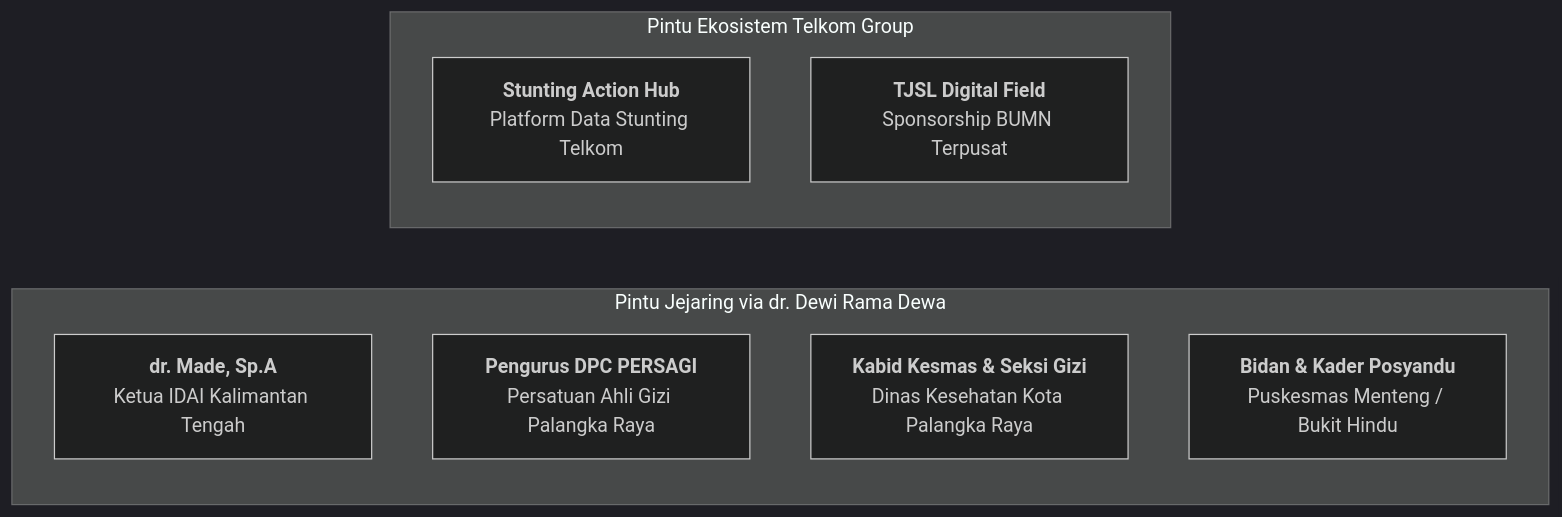
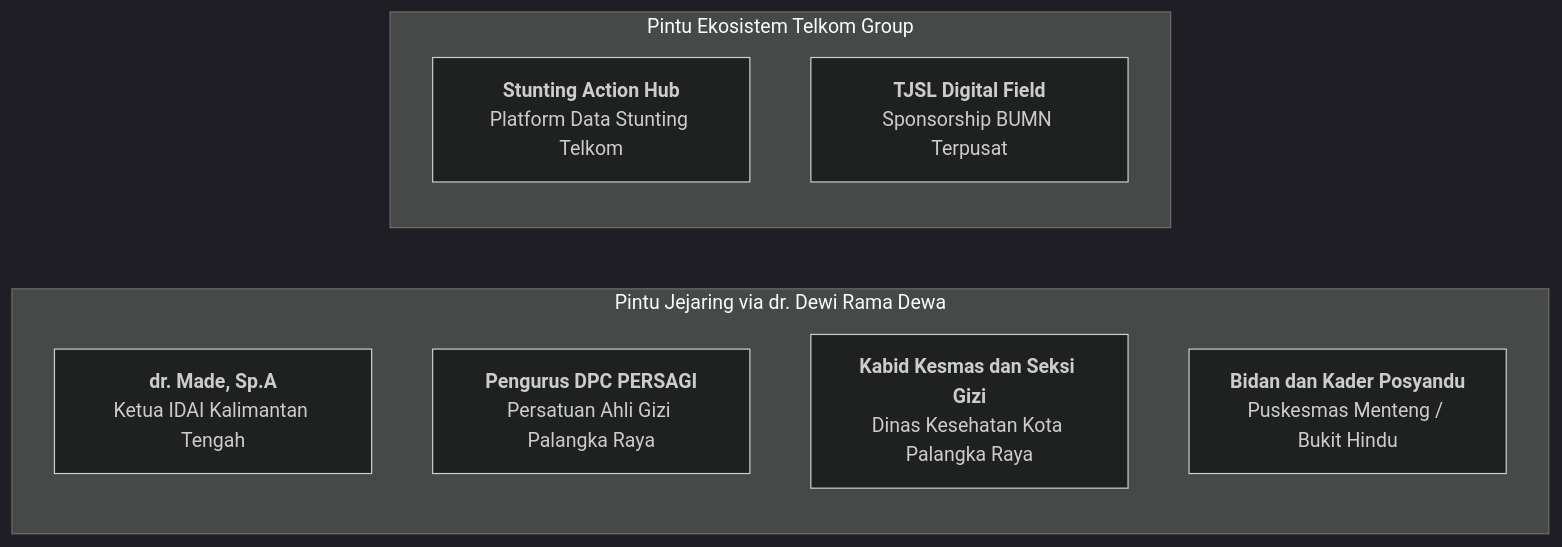
Before and after one commit to gerrardgs/Inkubasi-Startup-BTP: the third of 3 diagrams in 06-expert-advisory-meeting/hasil-wawancara-dr-dewi-dan-bpk-setyohadi-14-oktober-2026.md, drawn with Mermaid (dark theme). The commit also changed other lines of this file and 2 other files, not shown here.

Commit message:
fix(mermaid): perbaiki sintaks mermaid diagram agar render sempurna di GitHub

````diff
--- a/06-expert-advisory-meeting/hasil-wawancara-dr-dewi-dan-bpk-setyohadi-14-oktober-2026.md
+++ b/06-expert-advisory-meeting/hasil-wawancara-dr-dewi-dan-bpk-setyohadi-14-oktober-2026.md
@@ -154,14 +154,14 @@
 ```mermaid
 graph LR
-  subgraph Akses_Langsung_dr_Dewi [Pintu Jejaring via dr. Dewi Rama Dewa]
-    IDAI[<b>dr. Made, Sp.A</b><br/>Ketua IDAI Kalimantan Tengah]
-    PERSAGI[<b>Pengurus DPC PERSAGI</b><br/>Persatuan Ahli Gizi Palangka Raya]
-    DINKES[<b>Kabid Kesmas & Seksi Gizi</b><br/>Dinas Kesehatan Kota Palangka Raya]
-    FASKES[<b>Bidan & Kader Posyandu</b><br/>Puskesmas Menteng / Bukit Hindu]
+  subgraph Akses_Langsung_dr_Dewi ["Pintu Jejaring via dr. Dewi Rama Dewa"]
+    IDAI["<b>dr. Made, Sp.A</b><br/>Ketua IDAI Kalimantan Tengah"]
+    PERSAGI["<b>Pengurus DPC PERSAGI</b><br/>Persatuan Ahli Gizi Palangka Raya"]
+    DINKES["<b>Kabid Kesmas dan Seksi Gizi</b><br/>Dinas Kesehatan Kota Palangka Raya"]
+    FASKES["<b>Bidan dan Kader Posyandu</b><br/>Puskesmas Menteng / Bukit Hindu"]
   end
 
-  subgraph Akses_Bpk_Setyohadi [Pintu Ekosistem Telkom Group]
-    HUB[<b>Stunting Action Hub</b><br/>Platform Data Stunting Telkom]
-    CSR[<b>TJSL Digital Field</b><br/>Sponsorship BUMN Terpusat]
+  subgraph Akses_Bpk_Setyohadi ["Pintu Ekosistem Telkom Group"]
+    HUB["<b>Stunting Action Hub</b><br/>Platform Data Stunting Telkom"]
+    CSR["<b>TJSL Digital Field</b><br/>Sponsorship BUMN Terpusat"]
   end
 ```
````
